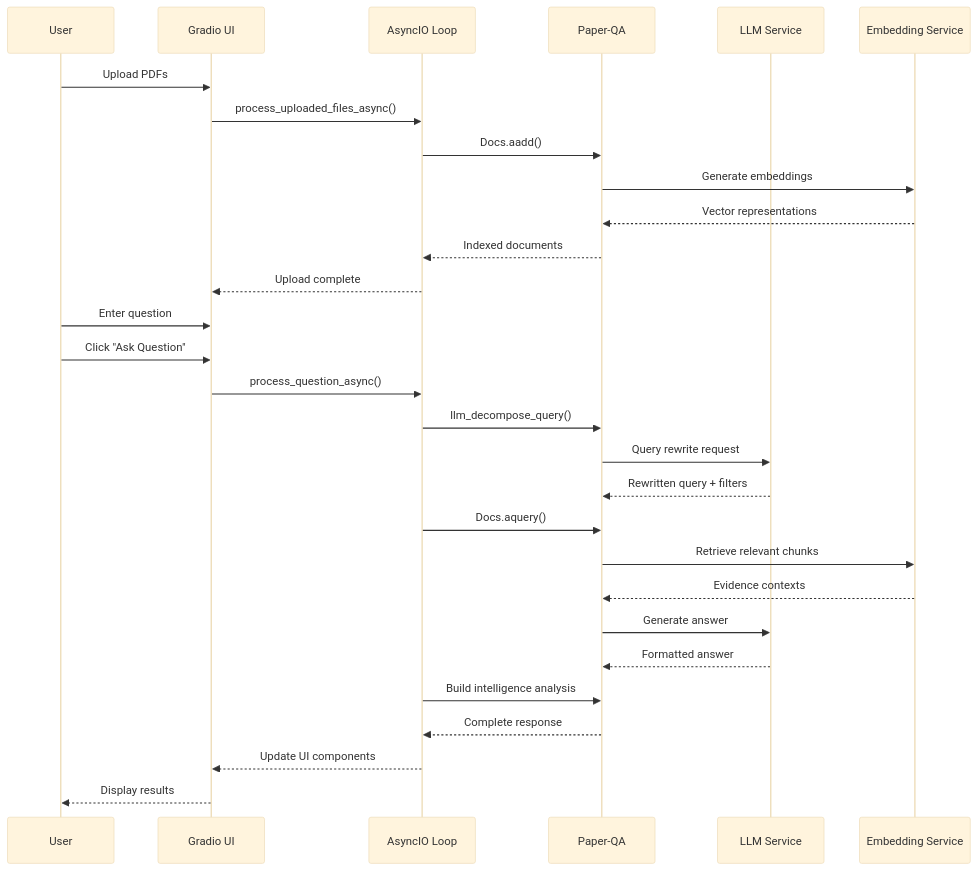
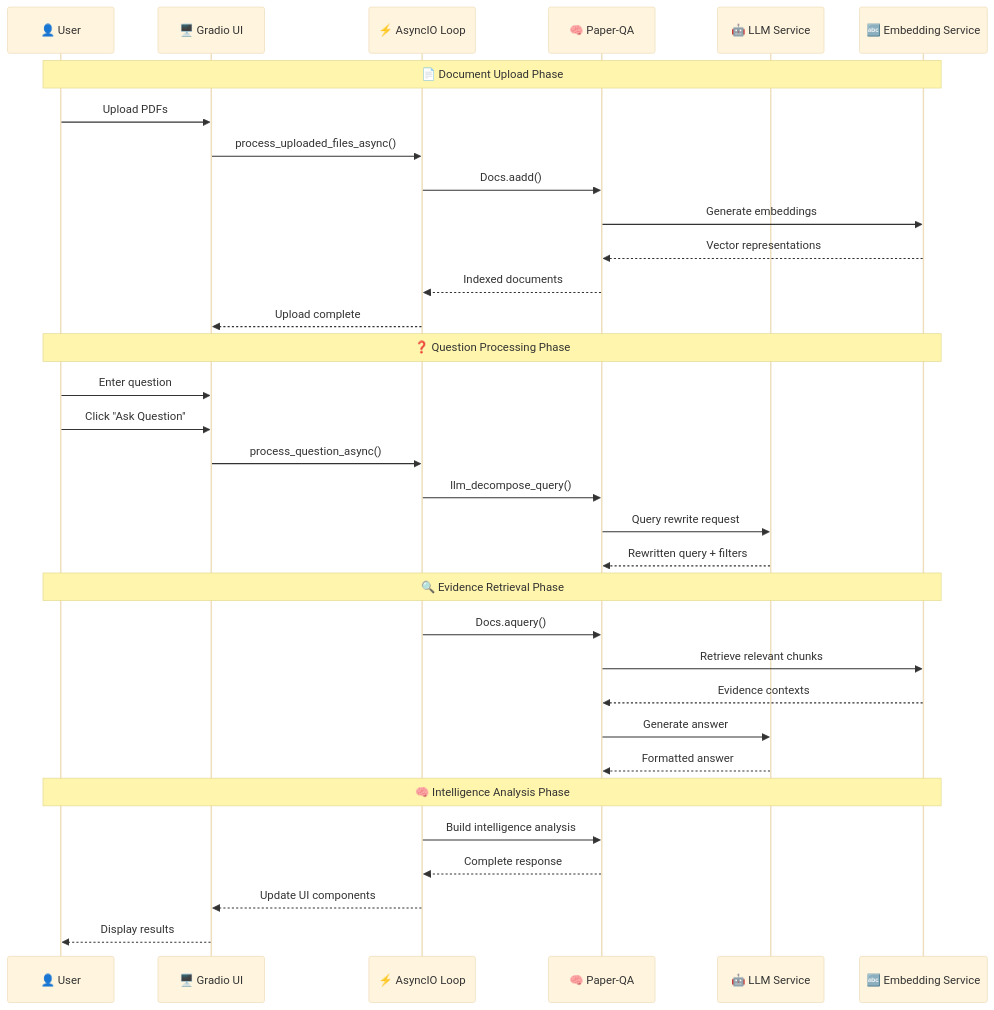
Before and after one commit to usathyan/paper-qa-ui: the second of 18 diagrams in docs/DEVELOPER.md, drawn with Mermaid (base theme). The commit also changed other lines of this file, not shown here.

First line of the commit message:
Enhance first batch of mermaid diagrams with professional styling

````diff
--- a/docs/DEVELOPER.md
+++ b/docs/DEVELOPER.md
@@ -84,33 +84,39 @@
 ```mermaid
 sequenceDiagram
-    participant U as User
-    participant UI as Gradio UI
-    participant AS as AsyncIO Loop
-    participant PQ as Paper-QA
-    participant LLM as LLM Service
-    participant EMB as Embedding Service
+    participant U as 👤 User
+    participant UI as 🖥️ Gradio UI
+    participant AS as ⚡ AsyncIO Loop
+    participant PQ as 🧠 Paper-QA
+    participant LLM as 🤖 LLM Service
+    participant EMB as 🔤 Embedding Service
     
+    Note over U,EMB: 📄 Document Upload Phase
     U->>UI: Upload PDFs
     UI->>AS: process_uploaded_files_async()
     AS->>PQ: Docs.aadd()
     PQ->>EMB: Generate embeddings
     EMB-->>PQ: Vector representations
     PQ-->>AS: Indexed documents
     AS-->>UI: Upload complete
     
+    Note over U,EMB: ❓ Question Processing Phase
     U->>UI: Enter question
     U->>UI: Click "Ask Question"
     UI->>AS: process_question_async()
     AS->>PQ: llm_decompose_query()
     PQ->>LLM: Query rewrite request
     LLM-->>PQ: Rewritten query + filters
+    
+    Note over U,EMB: 🔍 Evidence Retrieval Phase
     AS->>PQ: Docs.aquery()
     PQ->>EMB: Retrieve relevant chunks
     EMB-->>PQ: Evidence contexts
     PQ->>LLM: Generate answer
     LLM-->>PQ: Formatted answer
+    
+    Note over U,EMB: 🧠 Intelligence Analysis Phase
     AS->>PQ: Build intelligence analysis
     PQ-->>AS: Complete response
     AS-->>UI: Update UI components
     UI-->>U: Display results
 ```
````
